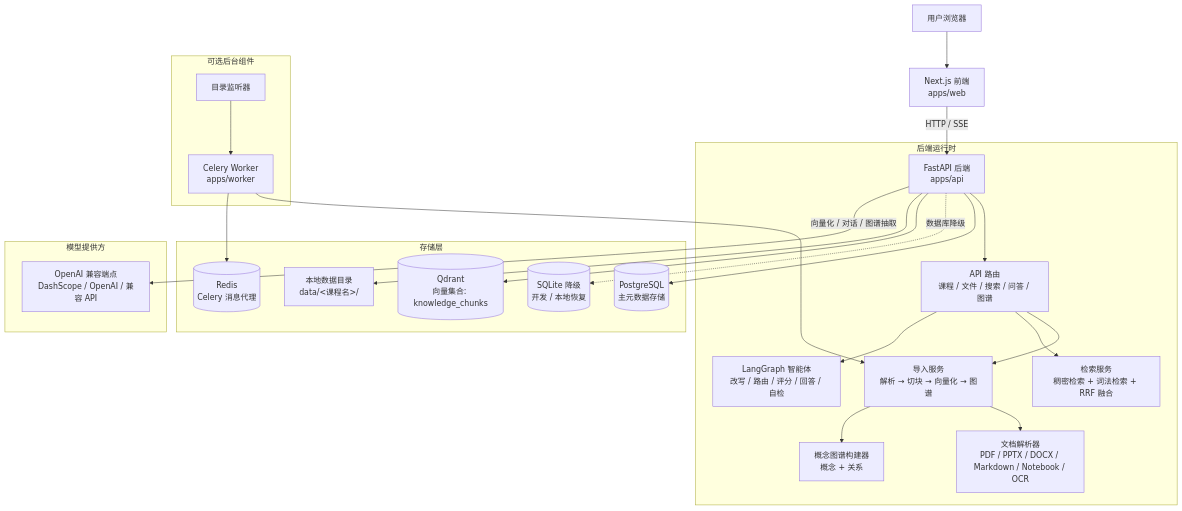
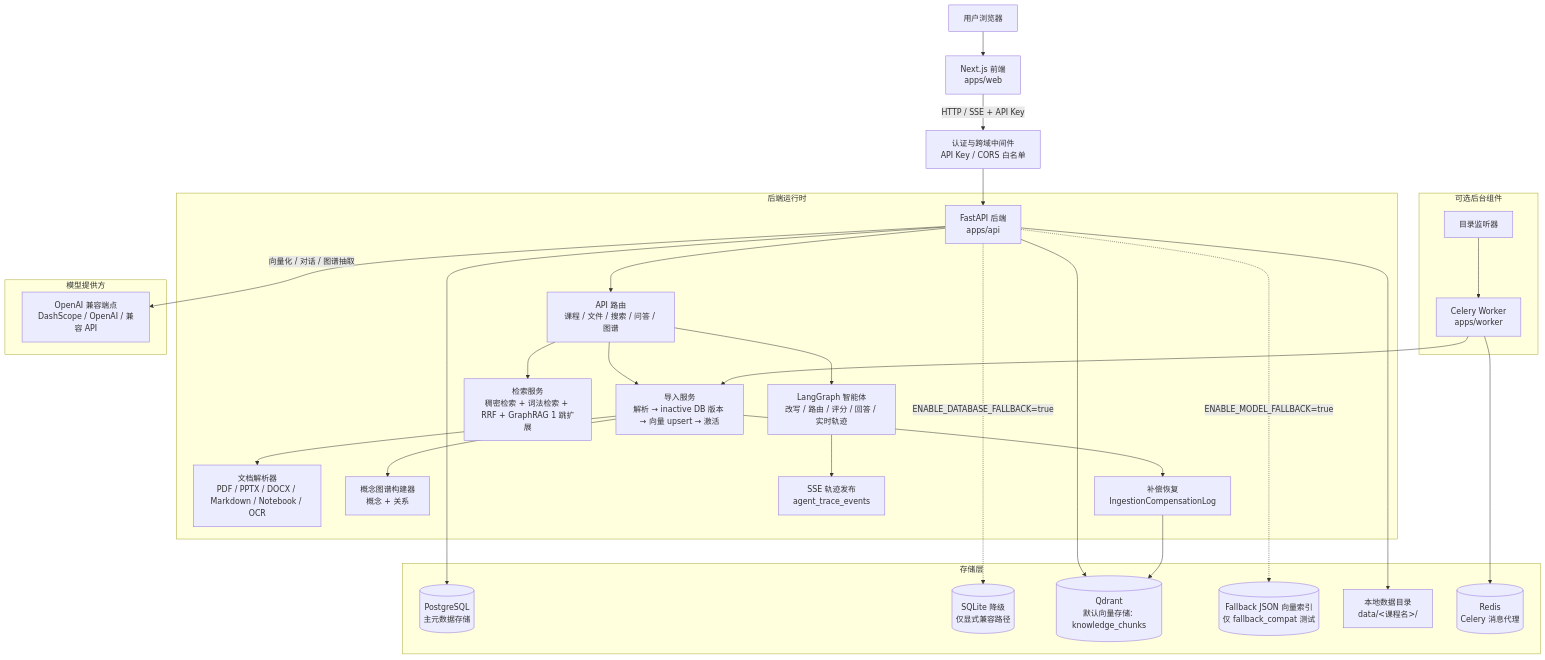
Before and after one commit to Sggggt/DialoGraph: the first of 6 diagrams in README.md, drawn with Mermaid. The commit also changed other lines of this file and 32 other files, not shown here.

Commit message:
feat: 恢复了某些事务的ACID特性，增加GraphRAG架构，支持图增强检索

````diff
--- a/README.md
+++ b/README.md
@@ -11,39 +11,45 @@
 ```mermaid
 flowchart TB
     U["用户浏览器"] --> W["Next.js 前端<br/>apps/web"]
-    W -->|HTTP / SSE| API["FastAPI 后端<br/>apps/api"]
+    W -->|HTTP / SSE + API Key| SECURITY["认证与跨域中间件<br/>API Key / CORS 白名单"]
+    SECURITY --> API["FastAPI 后端<br/>apps/api"]
 
     subgraph API_RUNTIME["后端运行时"]
         API --> ROUTES["API 路由<br/>课程 / 文件 / 搜索 / 问答 / 图谱"]
-        ROUTES --> INGEST["导入服务<br/>解析 → 切块 → 向量化 → 图谱"]
-        ROUTES --> RETRIEVAL["检索服务<br/>稠密检索 + 词法检索 + RRF 融合"]
-        ROUTES --> AGENT["LangGraph 智能体<br/>改写 / 路由 / 评分 / 回答 / 自检"]
+        ROUTES --> INGEST["导入服务<br/>解析 → inactive DB 版本 → 向量 upsert → 激活"]
+        ROUTES --> RETRIEVAL["检索服务<br/>稠密检索 + 词法检索 + RRF + GraphRAG 1 跳扩展"]
+        ROUTES --> AGENT["LangGraph 智能体<br/>改写 / 路由 / 评分 / 回答 / 实时轨迹"]
         INGEST --> PARSERS["文档解析器<br/>PDF / PPTX / DOCX / Markdown / Notebook / OCR"]
         INGEST --> GRAPH["概念图谱构建器<br/>概念 + 关系"]
+        INGEST --> COMP["补偿恢复<br/>IngestionCompensationLog"]
+        AGENT --> TRACE["SSE 轨迹发布<br/>agent_trace_events"]
     end
 
     subgraph WORKERS["可选后台组件"]
         CELERY["Celery Worker<br/>apps/worker"] --> INGEST
         WATCHER["目录监听器"] --> CELERY
     end
 
     subgraph STORES["存储层"]
         DB[("PostgreSQL<br/>主元数据存储")]
-        SQLITE[("SQLite 降级<br/>开发 / 本地恢复")]
-        QDRANT[("Qdrant<br/>向量集合: knowledge_chunks")]
+        SQLITE[("SQLite 降级<br/>仅显式兼容路径")]
+        QDRANT[("Qdrant<br/>默认向量存储: knowledge_chunks")]
+        FALLBACK[("Fallback JSON 向量索引<br/>仅 fallback_compat 测试")]
         FS["本地数据目录<br/>data/<课程名>/"]
         REDIS[("Redis<br/>Celery 消息代理")]
     end
 
     API --> DB
-    API -. "数据库降级" .-> SQLITE
+    API -. "ENABLE_DATABASE_FALLBACK=true" .-> SQLITE
     API --> QDRANT
+    COMP --> QDRANT
+    API -. "ENABLE_MODEL_FALLBACK=true" .-> FALLBACK
     API --> FS
     CELERY --> REDIS
 
     subgraph MODEL["模型提供方"]
         LLM["OpenAI 兼容端点<br/>DashScope / OpenAI / 兼容 API"]
     end
 
     API -->|向量化 / 对话 / 图谱抽取| LLM
 ```
````
